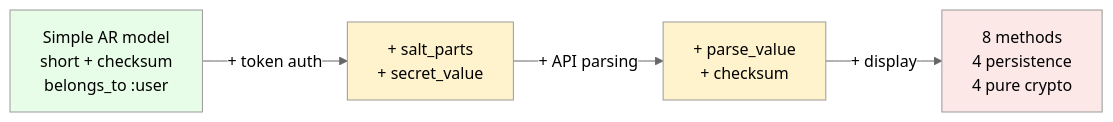
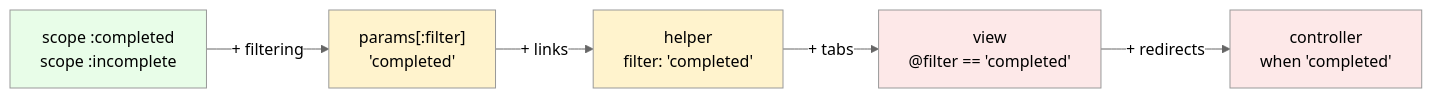
Before and after one commit to railswhey/app: the second of 2 diagrams in README.md, drawn with Mermaid (neutral theme). The commit also changed other lines of this file and 6 other files, not shown here.

````diff
--- a/README.md
+++ b/README.md
@@ -75,11 +103,13 @@
 ```mermaid
 flowchart LR
-  S["Simple AR model<br/>short + checksum<br/>belongs_to :user"] -->|"+ token auth"| T["+ salt_parts<br/>+ secret_value"]
-  T -->|"+ API parsing"| P["+ parse_value<br/>+ checksum"]
-  P -->|"+ display"| F["8 methods<br/>4 persistence<br/>4 pure crypto"]
+  S["scope :completed<br/>scope :incomplete"] -->|"+ filtering"| F["params[:filter]<br/>'completed'"]
+  F -->|"+ links"| H["helper<br/>filter: 'completed'"]
+  H -->|"+ tabs"| V["view<br/>@filter == 'completed'"]
+  V -->|"+ redirects"| C["controller<br/>when 'completed'"]
 
   style S fill:#e8fde8
-  style T fill:#fff3cd
-  style P fill:#fff3cd
-  style F fill:#fde8e8
+  style F fill:#fff3cd
+  style H fill:#fff3cd
+  style V fill:#fde8e8
+  style C fill:#fde8e8
 ```
````
